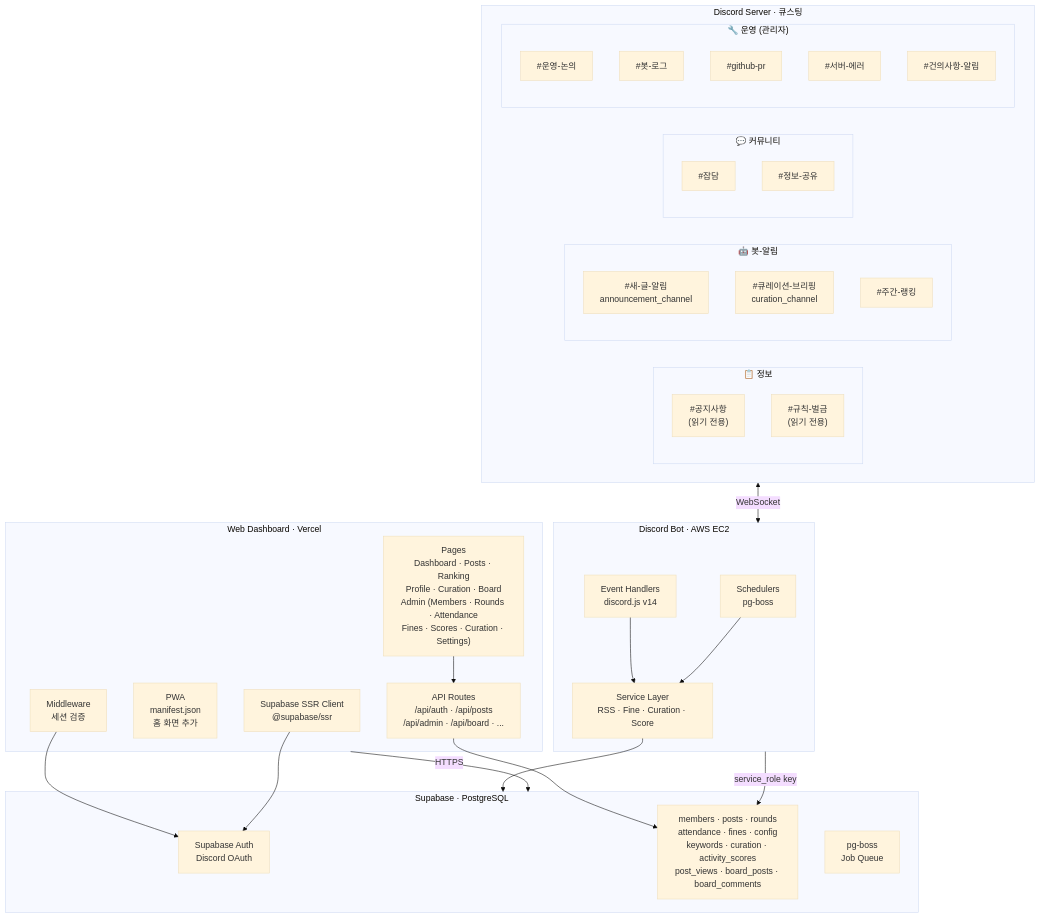
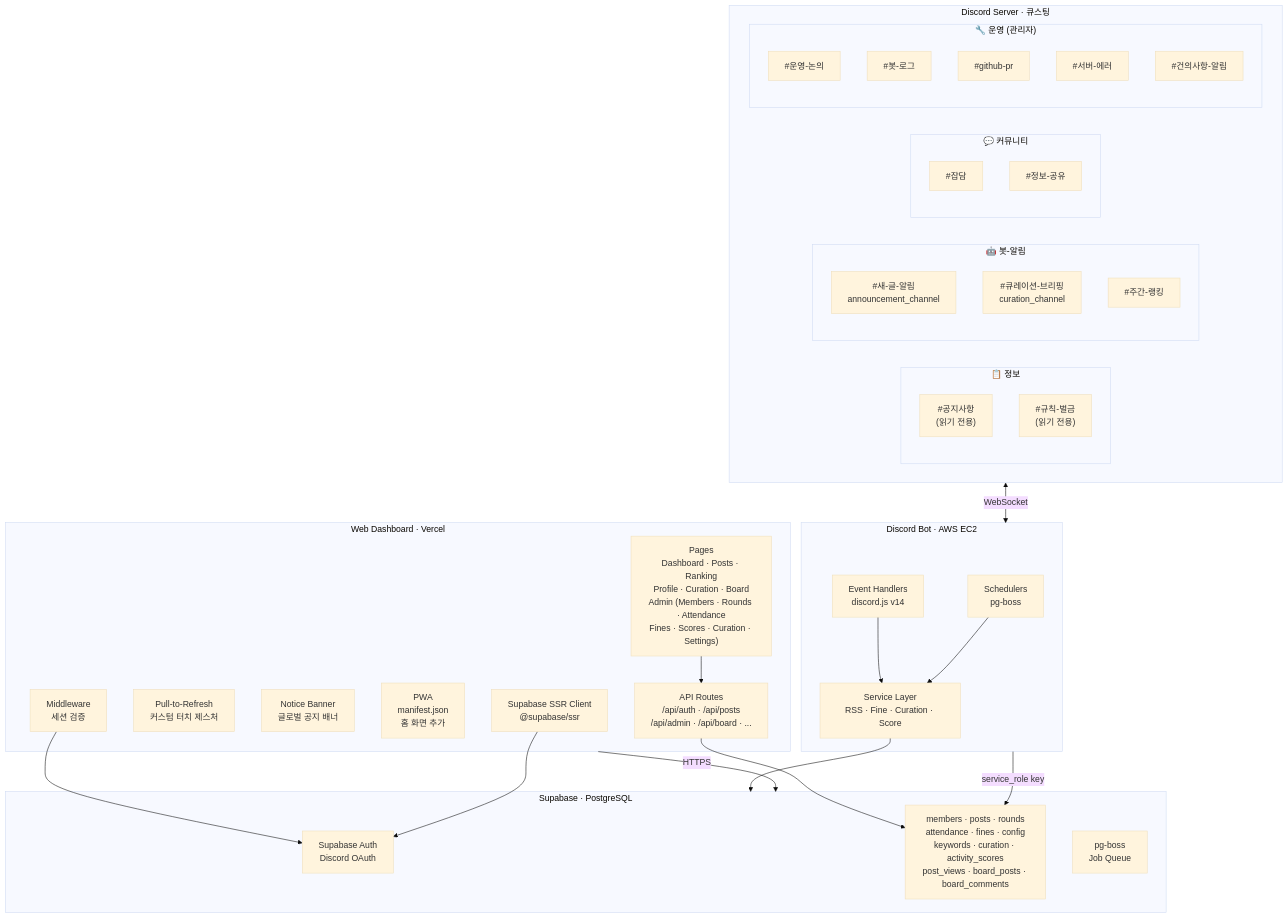
Before and after one commit to bbbang105/study-admin: the first of 9 diagrams in docs/ARCHITECTURE.md, drawn with Mermaid (base theme). The commit also changed other lines of this file and 23 other files, not shown here.

````diff
--- a/docs/ARCHITECTURE.md
+++ b/docs/ARCHITECTURE.md
@@ -9,57 +9,59 @@
 ```mermaid
 graph TB
     subgraph Discord["Discord Server · 큐스팅"]
         subgraph DCH_INFO["📋 정보"]
             CH_NOTICE["#공지사항<br/>(읽기 전용)"]
             CH_RULES["#규칙-벌금<br/>(읽기 전용)"]
         end
         subgraph DCH_BOT["🤖 봇-알림"]
             CH_RSS["#새-글-알림<br/>announcement_channel"]
             CH_CURA["#큐레이션-브리핑<br/>curation_channel"]
             CH_RANK["#주간-랭킹"]
         end
         subgraph DCH_COMM["💬 커뮤니티"]
             CH_CHAT["#잡담"]
             CH_SHARE["#정보-공유"]
         end
         subgraph DCH_OPS["🔧 운영 (관리자)"]
             CH_OPS["#운영-논의"]
             CH_LOG["#봇-로그"]
             CH_PR["#github-pr"]
             CH_ERR["#서버-에러"]
             CH_SUGGEST["#건의사항-알림"]
         end
     end
 
     subgraph Bot["Discord Bot · AWS EC2"]
         SCH["Schedulers<br/>pg-boss"]
         EVT["Event Handlers<br/>discord.js v14"]
         SVC["Service Layer<br/>RSS · Fine · Curation · Score"]
     end
 
     subgraph DB["Supabase · PostgreSQL"]
         AUTH["Supabase Auth<br/>Discord OAuth"]
         TABLES["members · posts · rounds<br/>attendance · fines · config<br/>keywords · curation · activity_scores<br/>post_views · board_posts · board_comments"]
         PGBOSS["pg-boss<br/>Job Queue"]
     end
 
     subgraph Web["Web Dashboard · Vercel"]
         MW["Middleware<br/>세션 검증"]
         PAGES["Pages<br/>Dashboard · Posts · Ranking<br/>Profile · Curation · Board<br/>Admin (Members · Rounds · Attendance<br/>Fines · Scores · Curation · Settings)"]
+        PTR["Pull-to-Refresh<br/>커스텀 터치 제스처"]
+        BANNER["Notice Banner<br/>글로벌 공지 배너"]
         PWA["PWA<br/>manifest.json<br/>홈 화면 추가"]
         API["API Routes<br/>/api/auth · /api/posts<br/>/api/admin · /api/board · ..."]
         SUPA_CLIENT["Supabase SSR Client<br/>@supabase/ssr"]
     end
 
     Discord <-->|WebSocket| Bot
     EVT --> SVC
     SCH --> SVC
     SVC --> DB
     Bot -->|service_role key| TABLES
 
     Web -->|HTTPS| DB
     MW --> AUTH
     SUPA_CLIENT --> AUTH
     API --> TABLES
     PAGES --> API
 ```
````
